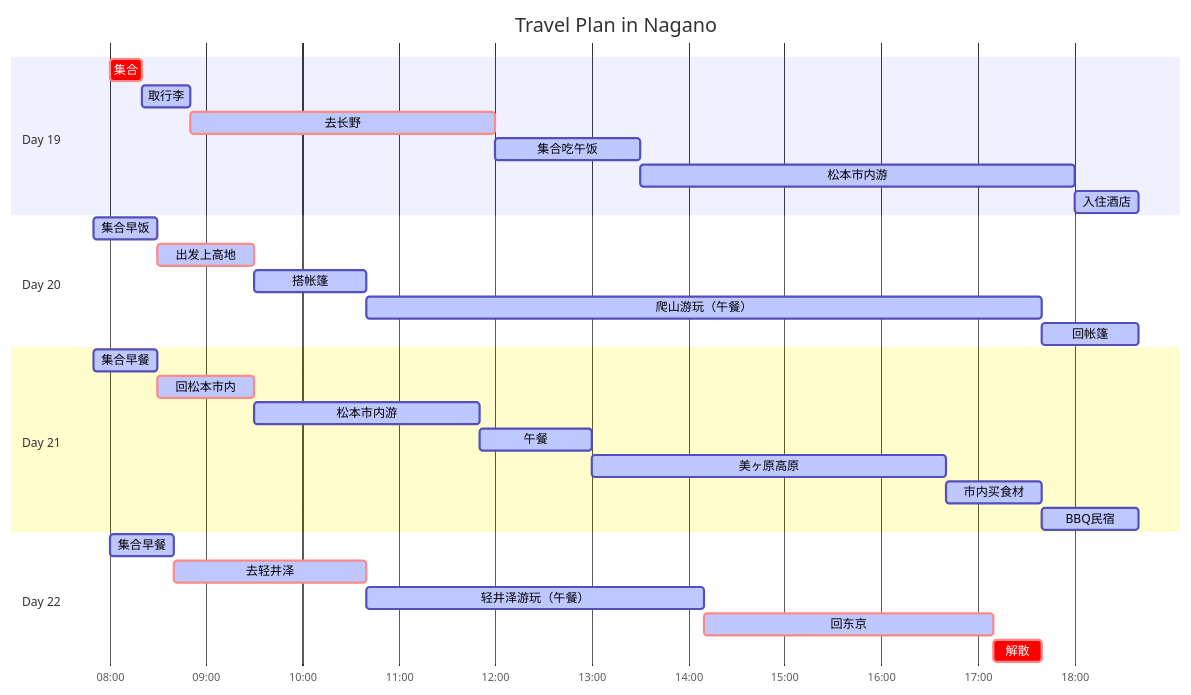
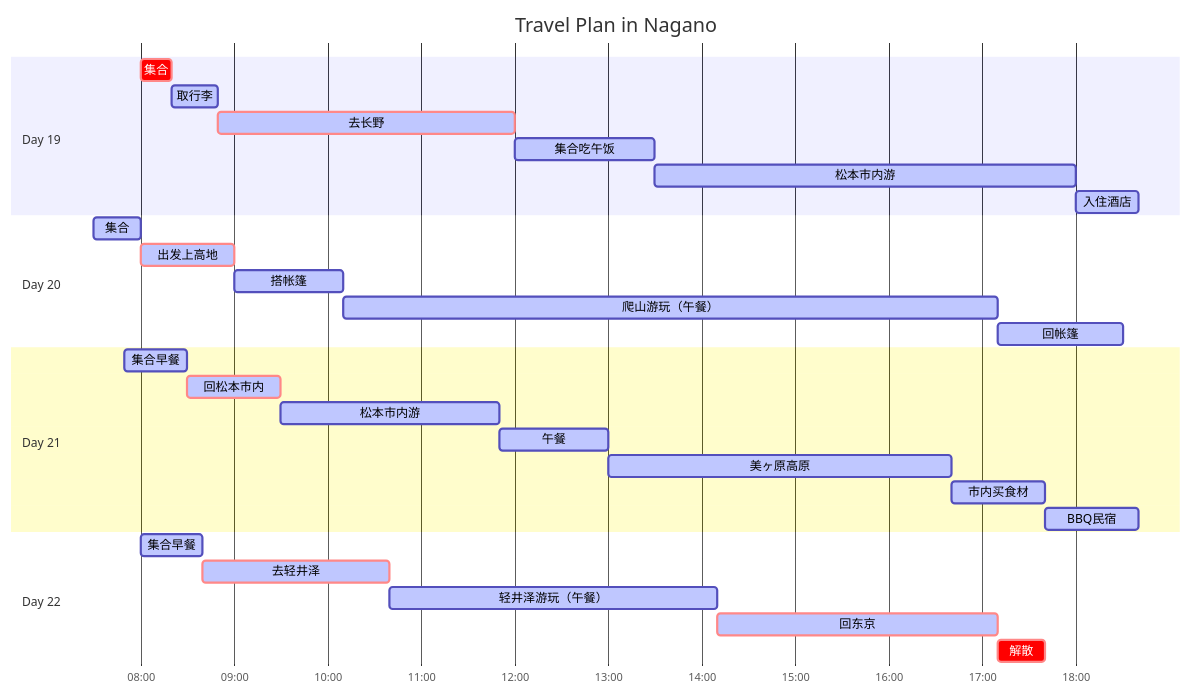
The diagram in 旅行/sources/nagano_schedule.md (Zouyikang1995/Others), drawn with Mermaid before and after one commit. The commit also changed 2 other files, not shown here.

Commit message:
更新野营出行日程安排

````diff
--- a/旅行/sources/nagano_schedule.md
+++ b/旅行/sources/nagano_schedule.md
@@ -1,36 +1,36 @@
 ```mermaid
 gantt
     dateFormat HH:mm
     axisFormat %H:%M
     title                     Travel Plan in Nagano 
     section Day 19
     集合               : crit, fday1, 08:00, 20m
     取行李             : active, fday2, after fday1, 30m
     去长野             : crit, active, fday3, after fday2, 190m
     集合吃午饭         : active, fday4, after fday3, 90m
     松本市内游         : active, fday5, after fday4, 270m
     入住酒店           : active, fday6, after fday5, 40m
 
     section Day 20
-    集合早饭           : active, sday1, 07:50, 40m
+    集合              : active, sday1, 07:30, 30m
     出发上高地         : crit, active, sday2, after sday1, 60m
     搭帐篷             : active, sday3, after sday2, 70m
     爬山游玩（午餐）    : active, sday4, after sday3, 7h
-    回帐篷         : active, sday5, after sday4, 1h
+    回帐篷         : active, sday5, after sday4, 80m
     
     section Day 21
     集合早餐           : active, tday1, 07:50, 40m
     回松本市内         : crit, active, tday2, after tday1, 60m
     松本市内游         : active, tday3, after tday2, 140m
     午餐              : active, tday4, after tday3, 70m
     美ヶ原高原         : active, tday5, after tday4, 220m
     市内买食材         : active, tday6, after tday5, 60m
     BBQ民宿           : active, tday7, after tday6, 60m
 
     section Day 22
     集合早餐           : active, foday1, 08:00, 40m
     去轻井泽           : crit, active, foday2, after foday1, 120m
     轻井泽游玩（午餐）  : active, foday3, after foday2, 210m
     回东京             : crit, active, foday4, after foday3, 180m
     解散              : crit, foday5, after foday4, 30m
 ```
````
